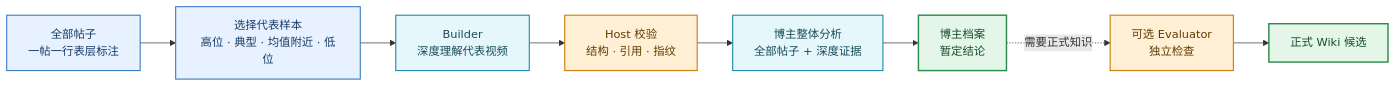
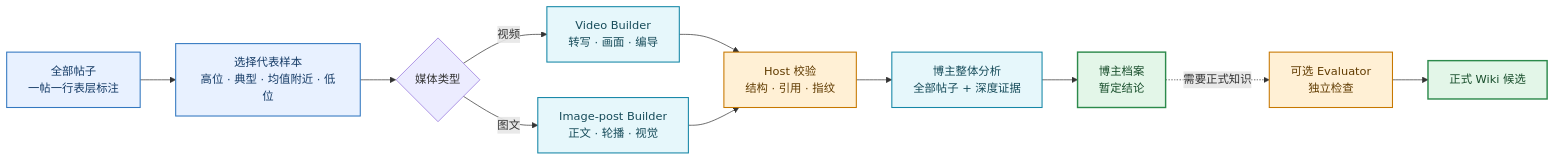
Before and after one commit to cyl19970726/self-media-content-intelligence: the second of 5 diagrams in docs/architecture/creator-agent-loops.md, drawn with Mermaid. The commit also changed other lines of this file and 23 other files, not shown here.

Commit message:
feat: add media-aware image post reconstruction

````diff
--- a/docs/architecture/creator-agent-loops.md
+++ b/docs/architecture/creator-agent-loops.md
@@ -64,19 +64,23 @@
 ```mermaid
 flowchart LR
     A["全部帖子<br/>一帖一行表层标注"] --> S["选择代表样本<br/>高位 · 典型 · 均值附近 · 低位"]
-    S --> B["Builder<br/>深度理解代表视频"]
-    B --> H["Host 校验<br/>结构 · 引用 · 指纹"]
+    S --> K{"媒体类型"}
+    K -->|视频| BV["Video Builder<br/>转写 · 画面 · 编导"]
+    K -->|图文| BI["Image-post Builder<br/>正文 · 轮播 · 视觉"]
+    BV --> H
+    BI --> H
+    H["Host 校验<br/>结构 · 引用 · 指纹"]
     H --> C["博主整体分析<br/>全部帖子 + 深度证据"]
     C --> D["博主档案<br/>暂定结论"]
     D -.需要正式知识.-> E["可选 Evaluator<br/>独立检查"]
     E --> W["正式 Wiki 候选"]
 
     classDef corpus fill:#E8F1FF,stroke:#3478C0,color:#153B66,stroke-width:1.5px;
     classDef builder fill:#E6F7FB,stroke:#1687A7,color:#164B59,stroke-width:1.5px;
     classDef gate fill:#FFF0D5,stroke:#C77800,color:#603B00,stroke-width:1.5px;
     classDef result fill:#E3F6E8,stroke:#2C8A4B,color:#174D2A,stroke-width:2px;
     class A,S corpus;
-    class B,C builder;
+    class BV,BI,C builder;
     class H,E gate;
     class D,W result;
 ```
````
